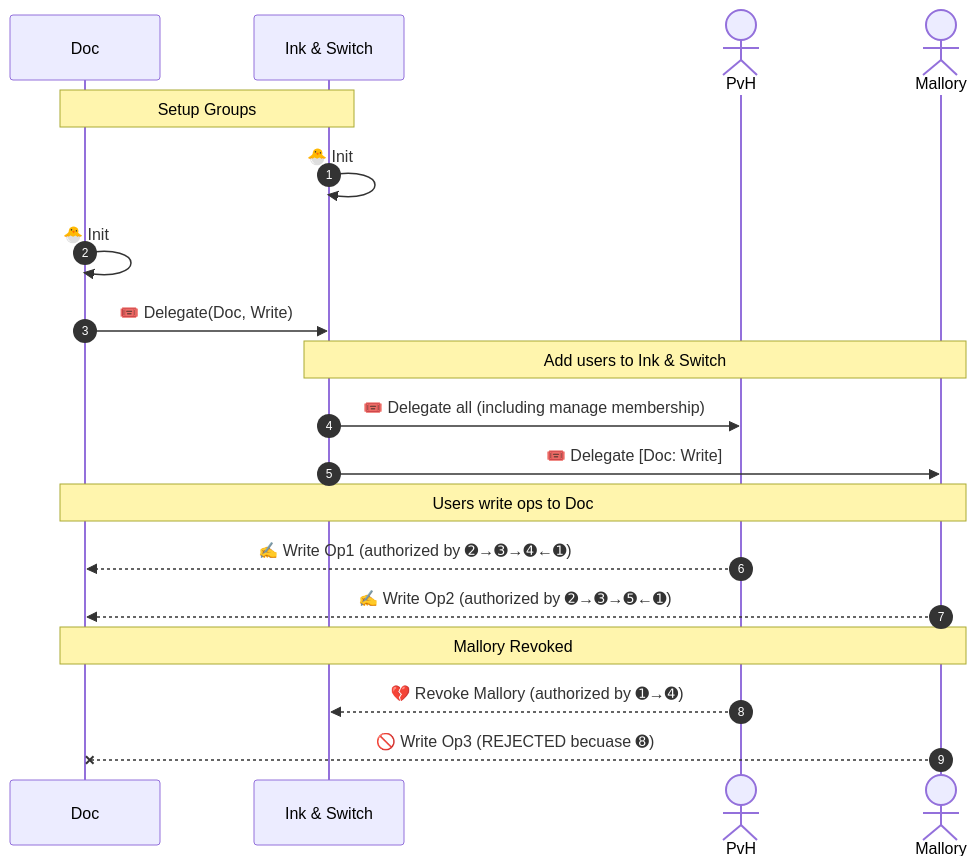
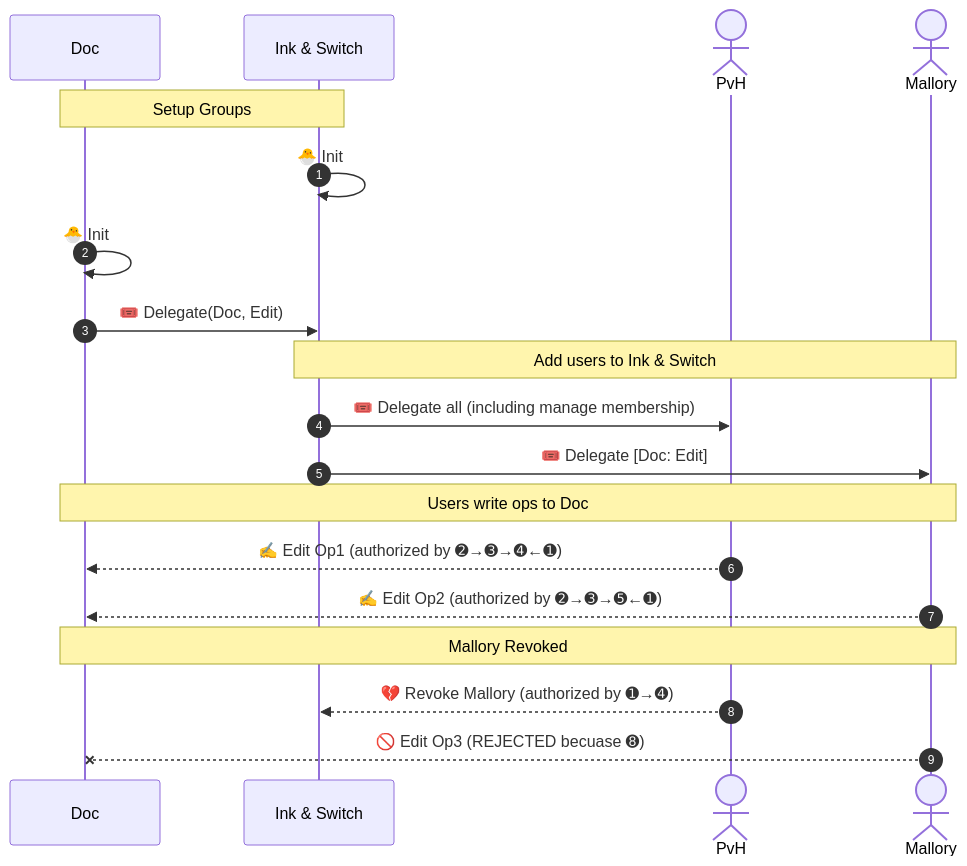
The ninth of 11 diagrams in design/group_membership.md (inkandswitch/keyhive), drawn with Mermaid before and after one commit. The commit also changed other lines of this file and 13 other files, not shown here.

Commit message:
Rename `Pull -> Relay`, `Write -> Edit` (#179)

````diff
--- a/design/group_membership.md
+++ b/design/group_membership.md
@@ -443,27 +443,27 @@
 ```mermaid
 sequenceDiagram
     autonumber
 
     participant Doc
     participant Ink & Switch
     actor PvH
     actor Mallory
 
     Note over Doc,Ink & Switch: Setup Groups
     Ink & Switch ->> Ink & Switch: 🐣 Init
     Doc ->> Doc: 🐣 Init
-    Doc ->> Ink & Switch: 🎟️ Delegate(Doc, Write)
+    Doc ->> Ink & Switch: 🎟️ Delegate(Doc, Edit)
 
     Note over Ink & Switch,Mallory: Add users to Ink & Switch
 
     Ink & Switch ->> PvH: 🎟️ Delegate all (including manage membership)
-    Ink & Switch ->> Mallory: 🎟️ Delegate [Doc: Write]
+    Ink & Switch ->> Mallory: 🎟️ Delegate [Doc: Edit]
 
     Note over Doc,Mallory: Users write ops to Doc
-    PvH -->> Doc: ✍️ Write Op1 (authorized by ➋→➌→➍←➊)
-    Mallory -->> Doc: ✍️ Write Op2 (authorized by ➋→➌→➎←➊)
+    PvH -->> Doc: ✍️ Edit Op1 (authorized by ➋→➌→➍←➊)
+    Mallory -->> Doc: ✍️ Edit Op2 (authorized by ➋→➌→➎←➊)
 
     Note over Doc,Mallory: Mallory Revoked
     PvH -->> Ink & Switch: 💔 Revoke Mallory (authorized by ➊→➍)
-    Mallory --x Doc: 🚫 Write Op3 (REJECTED becuase ➑)
+    Mallory --x Doc: 🚫 Edit Op3 (REJECTED becuase ➑)
 ```
````
